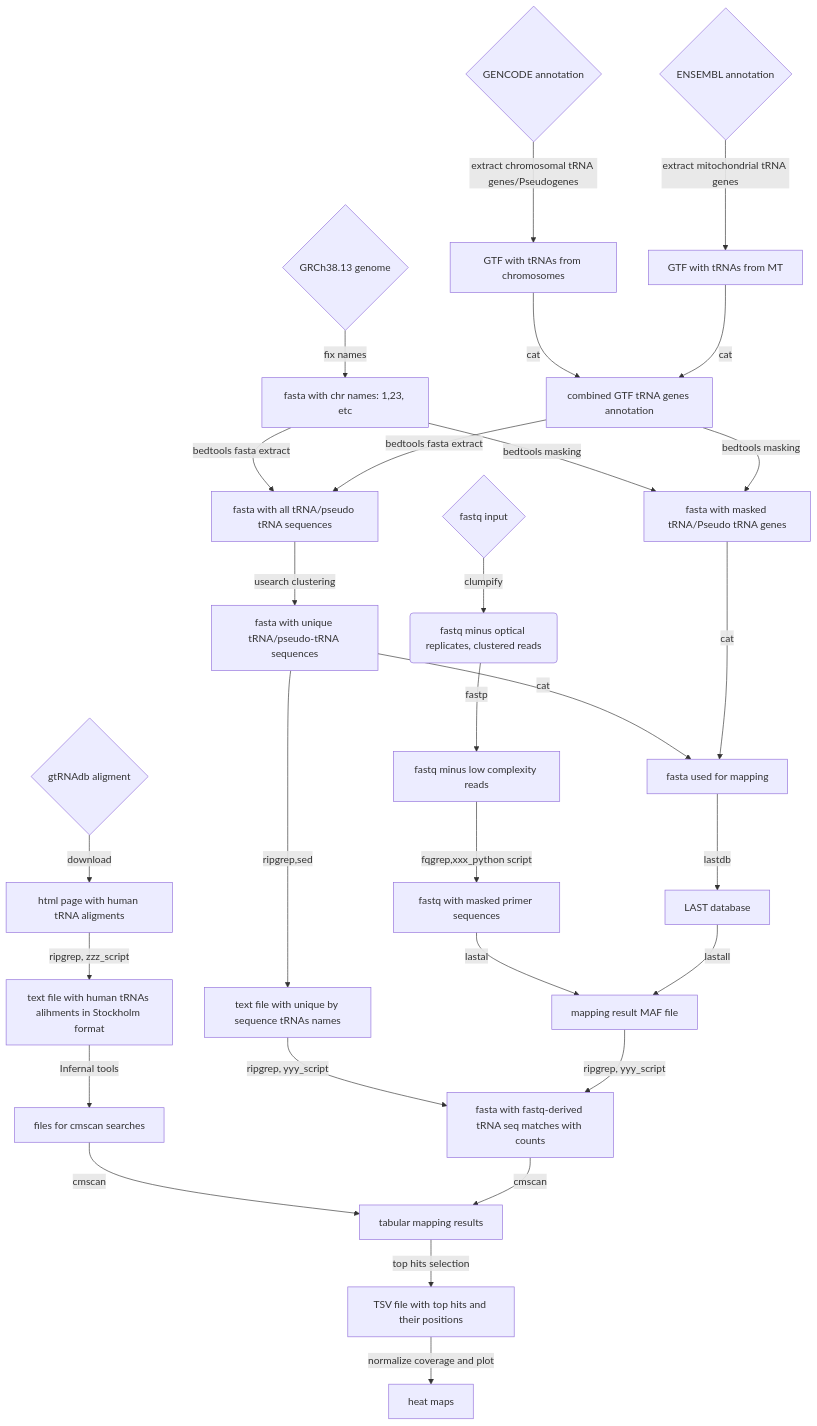
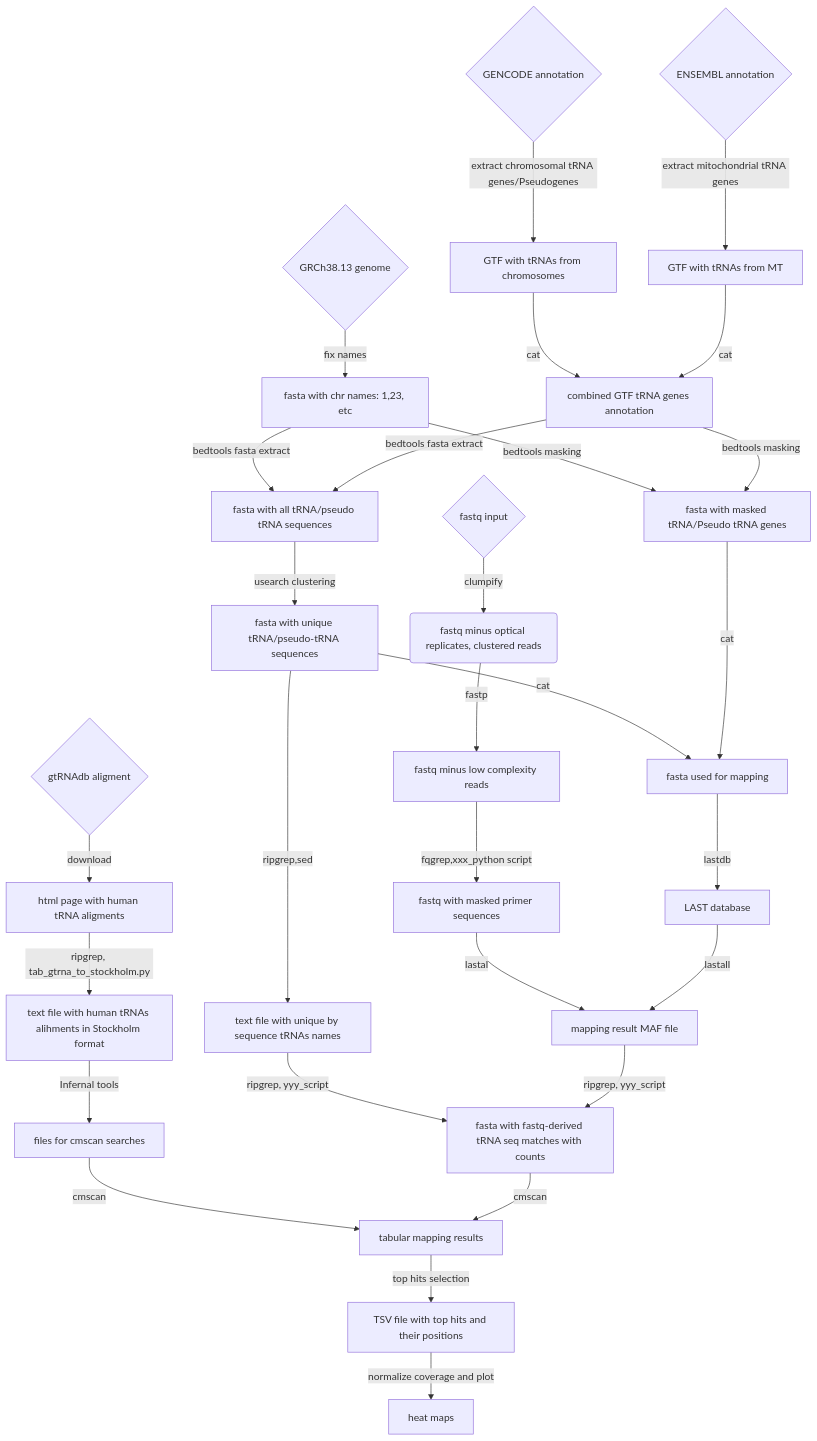
The diagram in doc/workflow_mermaid.md (Cancer-Genomics-TH/tRNA_methyl), drawn with Mermaid before and after one commit.

Commit message:
convert tab delim from gtRNAdb to Stockholm script name

````diff
--- a/doc/workflow_mermaid.md
+++ b/doc/workflow_mermaid.md
@@ -4,33 +4,33 @@
 ```mermaid
 graph TD
 
     genome_fasta{ GRCh38.13 genome} -->|fix names| fasta_names_fix[fasta with chr names: 1,23, etc]
     gencode_gtf{GENCODE annotation} -->|extract chromosomal tRNA genes/Pseudogenes| chromo_gtf[GTF with tRNAs from chromosomes]
     ensembl_gtf{ENSEMBL annotation} -->|extract mitochondrial tRNA genes| mito_gtf[GTF with tRNAs from MT]
     chromo_gtf -->|cat|combo_gtf[combined GTF tRNA genes annotation]
     mito_gtf -->|cat|combo_gtf
     fasta_names_fix -->|bedtools masking|masked_genome[fasta with masked tRNA/Pseudo tRNA genes]
     combo_gtf -->|bedtools masking|masked_genome
     fasta_names_fix-->|bedtools fasta extract|trna_seq[fasta with all tRNA/pseudo tRNA sequences]
     combo_gtf -->|bedtools fasta extract|trna_seq
     trna_seq-->|usearch clustering|unique_trnas_seq[fasta with unique tRNA/pseudo-tRNA sequences]
     unique_trnas_seq-->|cat|genome_for_mapping[fasta used for mapping]
     masked_genome-->|cat|genome_for_mapping
     genome_for_mapping-->|lastdb|last_database[LAST database]
     clumped_fastped_masked_fastq-->|lastal|maf_result[mapping result MAF file]
     last_database-->|lastall|maf_result
     unique_trnas_seq-->|ripgrep,sed|unique_trnas_seq_names[text file with unique by sequence tRNAs names]
     unique_trnas_seq_names-->|ripgrep, yyy_script|trna_matches_with_counts[fasta with fastq-derived tRNA seq matches with counts] 
     maf_result-->|ripgrep, yyy_script|trna_matches_with_counts
     gtRNAdb{gtRNAdb aligment}-->|download|html_aligment[html page with human tRNA aligments]
-    html_aligment-->|ripgrep, zzz_script|stockholm_align[text file with human tRNAs alihments in Stockholm format]
+    html_aligment-->|ripgrep, tab_gtrna_to_stockholm.py|stockholm_align[text file with human tRNAs alihments in Stockholm format]
     stockholm_align-->|Infernal tools|cmscan_files[files for cmscan searches]
     cmscan_files-->|cmscan|cmscan_mapping_result[tabular mapping results]
     trna_matches_with_counts-->|cmscan|cmscan_mapping_result
     cmscan_mapping_result-->|top hits selection|cmscan_top_hits[TSV file with top hits and their positions]
     cmscan_top_hits-->|normalize coverage and plot|heat_maps[heat maps]
     fastq{fastq input} -->|clumpify| clumped_fastq(fastq minus optical replicates, clustered reads)
     clumped_fastq -->|fastp| clumped_fastped_fastq[fastq minus low complexity reads]
     clumped_fastped_fastq -->|fqgrep,xxx_python script|clumped_fastped_masked_fastq[fastq with masked primer sequences]
     
 ```
````
